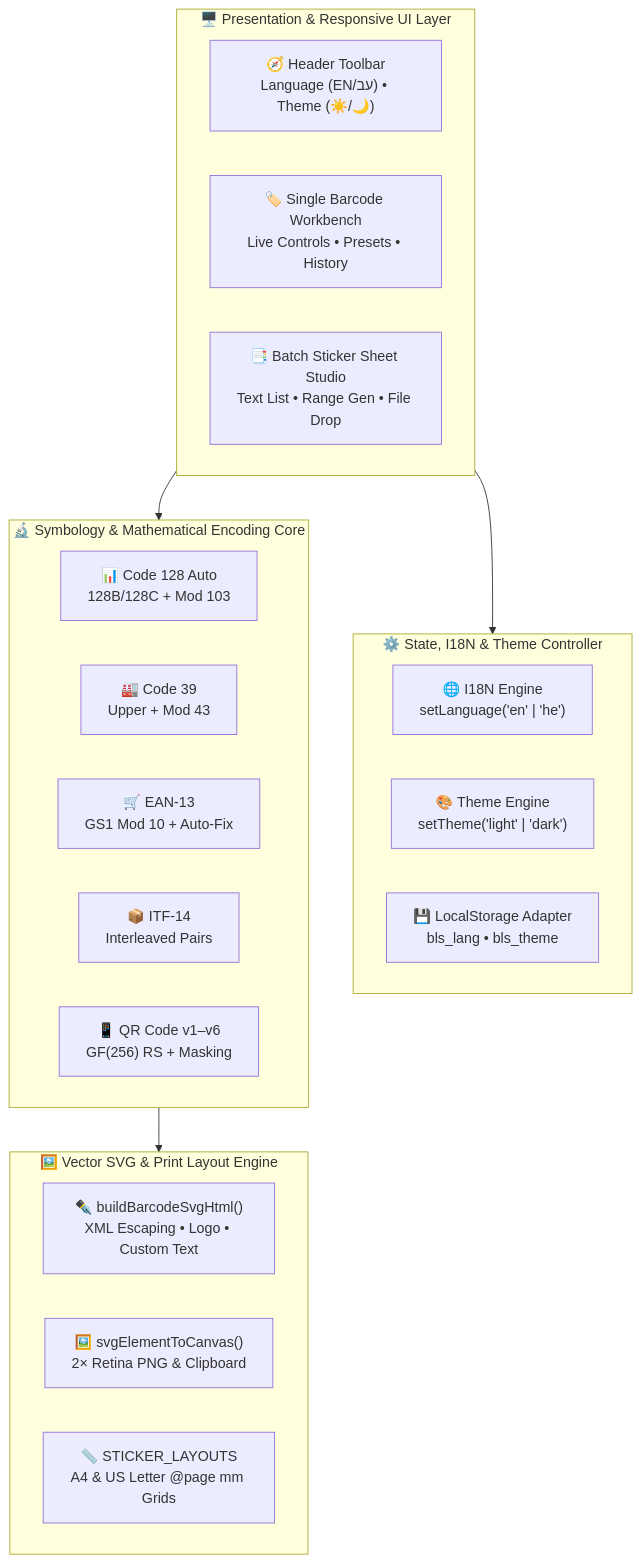
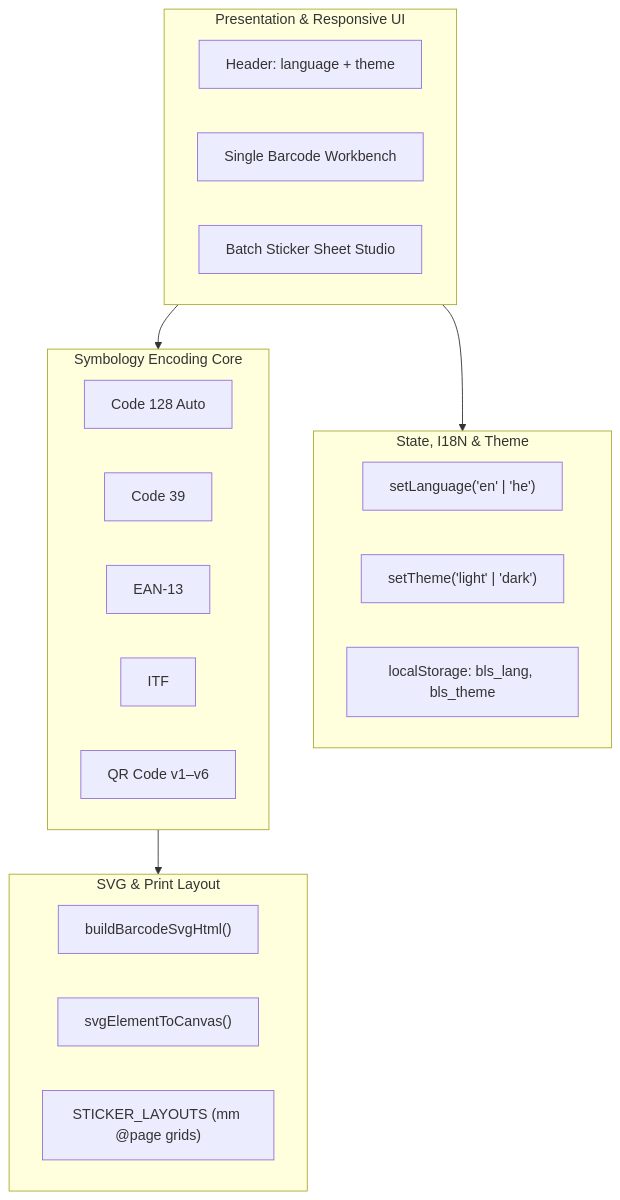
The first of 2 diagrams in SPEC.md (RajwanYair/barcode-label-studio), drawn with Mermaid before and after one commit. The commit also changed other lines of this file and 10 other files, not shown here.

Commit message:
docs: refactor markdown docs for clarity and accuracy; relax README mermaid gate to match concise layout

````diff
--- a/SPEC.md
+++ b/SPEC.md
@@ -31,36 +31,32 @@
 ```mermaid
 flowchart TB
-    subgraph UI["🖥️ Presentation & Responsive UI Layer"]
-        direction LR
-        HDR["🧭 Header Toolbar<br/>Language (EN/עב) • Theme (☀️/🌙)"]
-        TAB1["🏷️ Single Barcode Workbench<br/>Live Controls • Presets • History"]
-        TAB2["📑 Batch Sticker Sheet Studio<br/>Text List • Range Gen • File Drop"]
+    subgraph UI["Presentation & Responsive UI"]
+        HDR["Header: language + theme"]
+        TAB1["Single Barcode Workbench"]
+        TAB2["Batch Sticker Sheet Studio"]
     end
 
-    subgraph STATE["⚙️ State, I18N & Theme Controller"]
-        direction LR
-        LANG["🌐 I18N Engine<br/>setLanguage('en' | 'he')"]
-        THM["🎨 Theme Engine<br/>setTheme('light' | 'dark')"]
-        STORE["💾 LocalStorage Adapter<br/>bls_lang • bls_theme"]
+    subgraph STATE["State, I18N & Theme"]
+        LANG["setLanguage('en' | 'he')"]
+        THM["setTheme('light' | 'dark')"]
+        STORE["localStorage: bls_lang, bls_theme"]
     end
 
-    subgraph ENCODERS["🔬 Symbology & Mathematical Encoding Core"]
-        direction LR
-        E128["📊 Code 128 Auto<br/>128B/128C + Mod 103"]
-        E39["🏭 Code 39<br/>Upper + Mod 43"]
-        EEAN["🛒 EAN-13<br/>GS1 Mod 10 + Auto-Fix"]
-        EITF["📦 ITF-14<br/>Interleaved Pairs"]
-        EQR["📱 QR Code v1–v6<br/>GF(256) RS + Masking"]
+    subgraph ENCODERS["Symbology Encoding Core"]
+        E128["Code 128 Auto"]
+        E39["Code 39"]
+        EEAN["EAN-13"]
+        EITF["ITF"]
+        EQR["QR Code v1–v6"]
     end
 
-    subgraph RENDER["🖼️ Vector SVG & Print Layout Engine"]
-        direction LR
-        SVGB["✒️ buildBarcodeSvgHtml()<br/>XML Escaping • Logo • Custom Text"]
-        CANV["🖼️ svgElementToCanvas()<br/>2× Retina PNG & Clipboard"]
-        PAGE["📏 STICKER_LAYOUTS<br/>A4 & US Letter @page mm Grids"]
+    subgraph RENDER["SVG & Print Layout"]
+        SVGB["buildBarcodeSvgHtml()"]
+        CANV["svgElementToCanvas()"]
+        PAGE["STICKER_LAYOUTS (mm @page grids)"]
     end
 
     UI --> STATE
     UI --> ENCODERS
     ENCODERS --> RENDER
 ```
````
